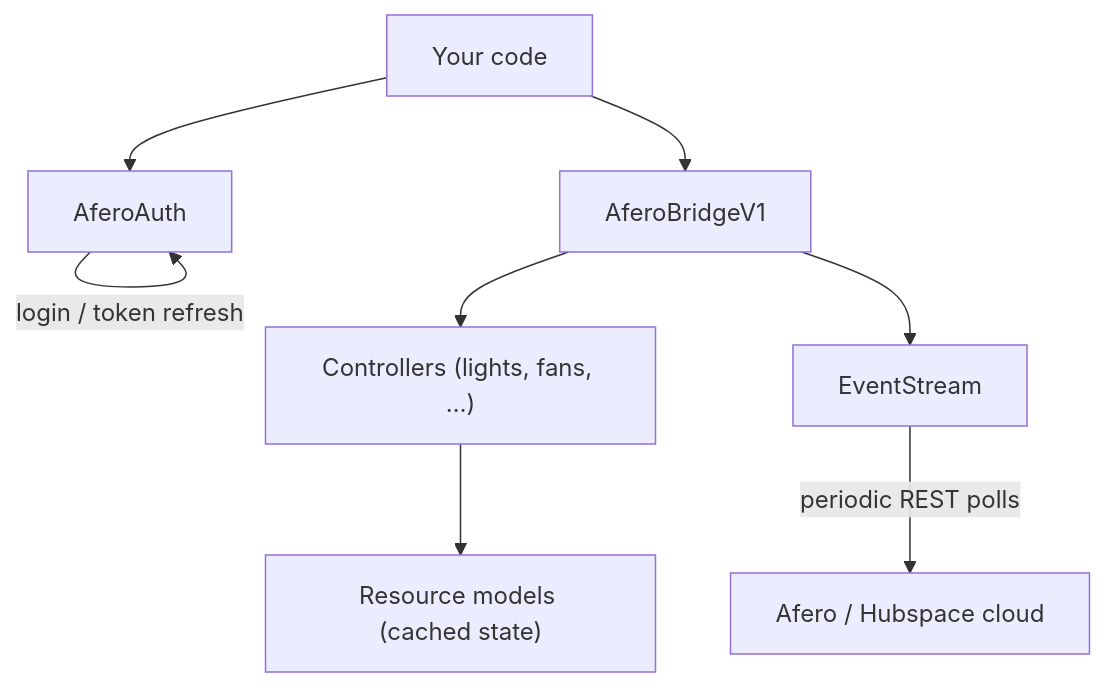
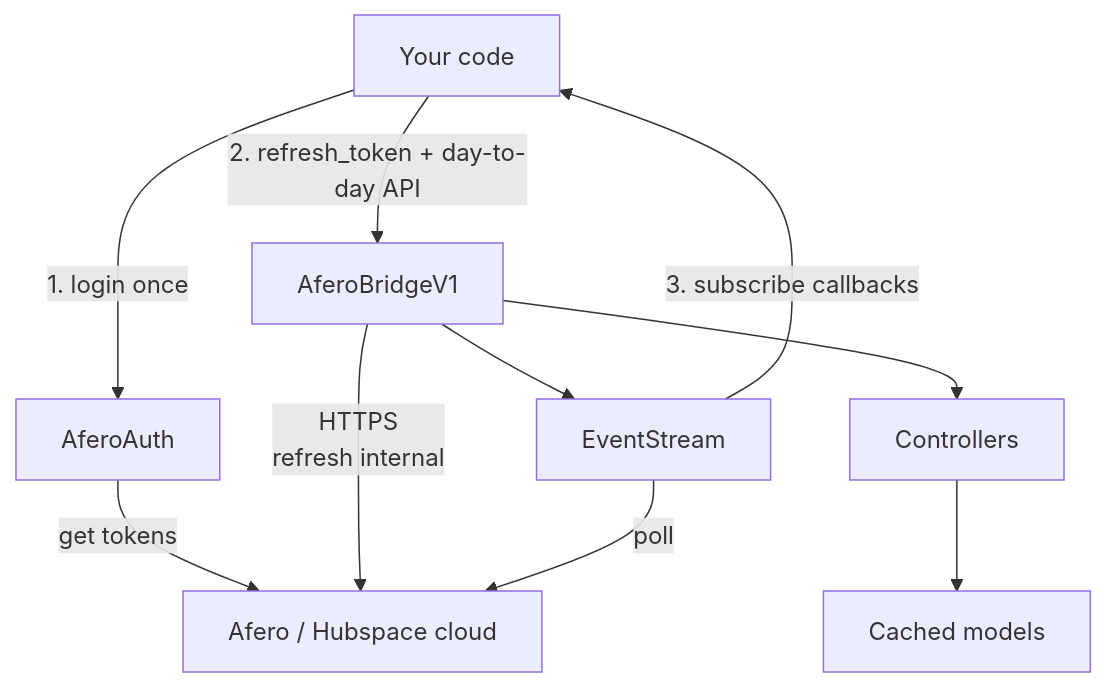
One commit to Expl0dingBanana/aioafero changed the diagram in docs/user/overview.rst. Above: the diagram before and after it, drawn with Mermaid. The commit also changed other lines of this file and 23 other files, not shown here.

```diff
--- a/docs/user/overview.rst
+++ b/docs/user/overview.rst
@@ -41,16 +24,19 @@
 .. mermaid::
 
    flowchart TD
-       code["Your code"]
-       auth["AferoAuth"]
-       bridge["AferoBridgeV1"]
-       controllers["Controllers (lights, fans, …)"]
-       models["Resource models (cached state)"]
-       events["EventStream"]
-       cloud["Afero / Hubspace cloud"]
+       code[Your code]
+       auth[AferoAuth]
+       bridge[AferoBridgeV1]
+       controllers[Controllers]
+       models[Cached models]
+       events[EventStream]
+       cloud[Afero / Hubspace cloud]
 
-       code --> auth
-       auth -->|"login / token refresh"| auth
-       code --> bridge
+       code -->|1. login once| auth
+       auth -->|get tokens| cloud
+       code -->|2. refresh_token + day-to-day API| bridge
        bridge --> controllers --> models
-       bridge --> events -->|"periodic REST polls"| cloud
+       bridge --> events
+       bridge -->|HTTPS<br/>refresh internal| cloud
+       events -->|poll| cloud
+       events -->|3. subscribe callbacks| code
```
